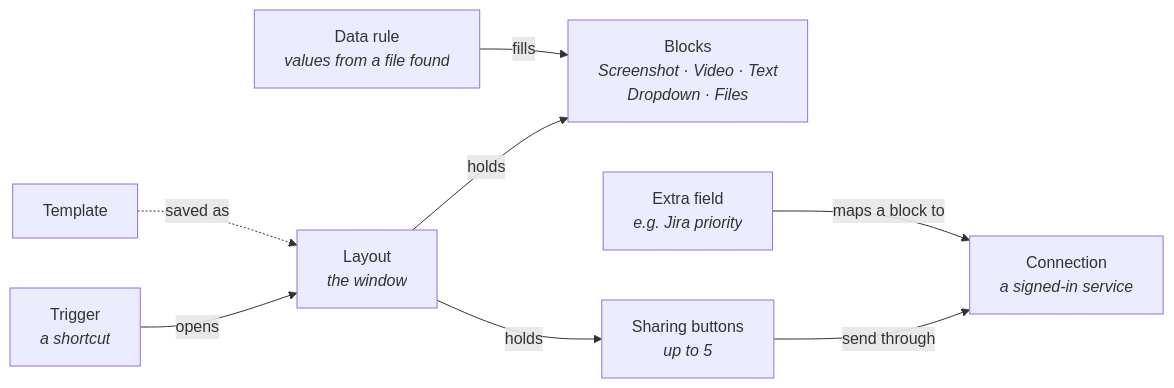
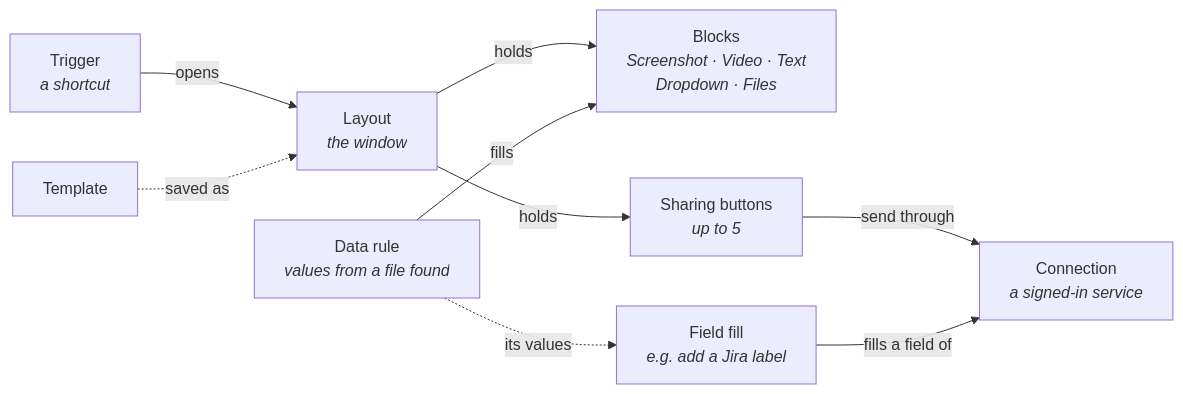
The first of 4 diagrams in docs/design.md (SotharL/CargoFrame), drawn with Mermaid before and after one commit. The commit also changed other lines of this file and 7 other files, not shown here.

````diff
--- a/docs/design.md
+++ b/docs/design.md
@@ -30,10 +30,11 @@
 ```mermaid
 flowchart LR
     T[Trigger<br><i>a shortcut</i>] -- opens --> L[Layout<br><i>the window</i>]
     L -- holds --> B[Blocks<br><i>Screenshot · Video · Text<br>Dropdown · Files</i>]
     L -- holds --> S[Sharing buttons<br><i>up to 5</i>]
     S -- send through --> C[Connection<br><i>a signed-in service</i>]
     R[Data rule<br><i>values from a file found</i>] -- fills --> B
-    X[Extra field<br><i>e.g. Jira priority</i>] -- maps a block to --> C
+    X[Field fill<br><i>e.g. add a Jira label</i>] -- fills a field of --> C
+    R -. its values .-> X
     TP[Template] -. saved as .-> L
 ```
````
